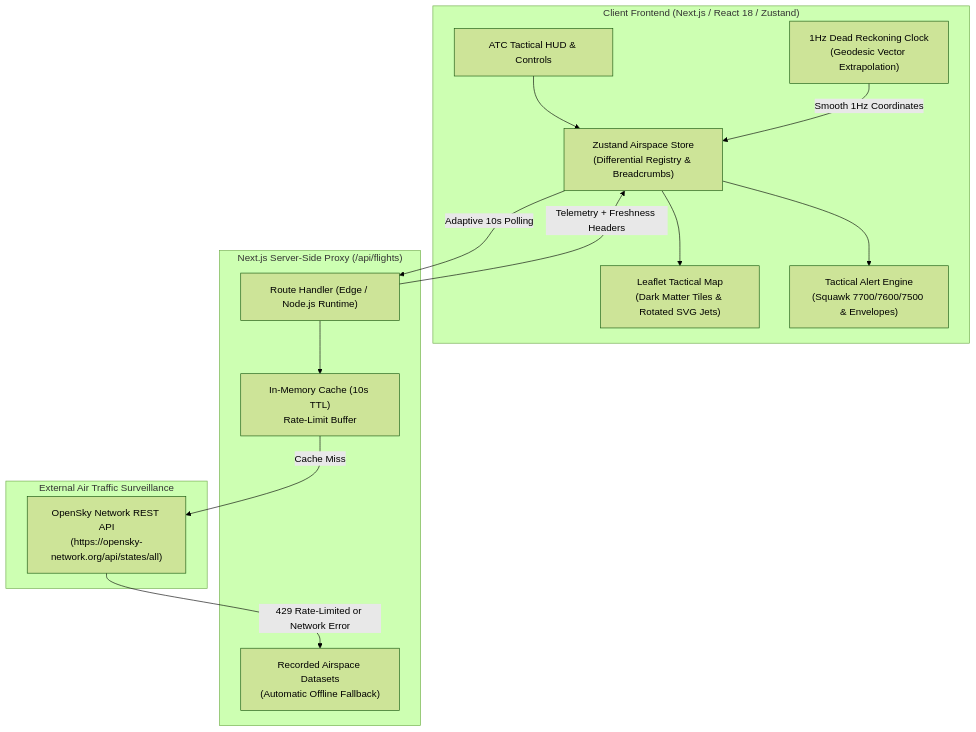
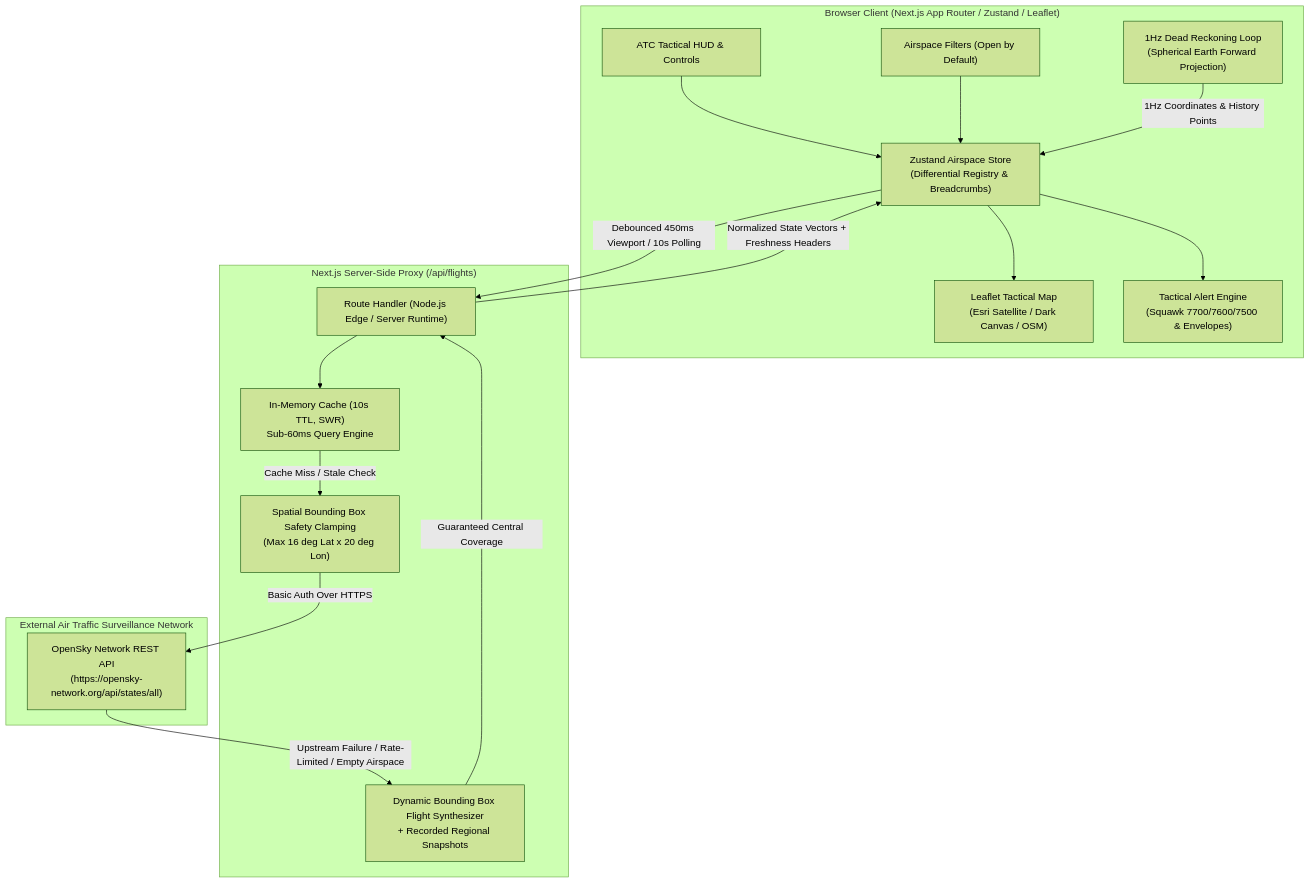
Before and after one commit to visshalb2007/air-traffic-view: the first of 2 diagrams in README.md, drawn with Mermaid (forest theme). The commit also changed other lines of this file, not shown here.

````diff
--- a/README.md
+++ b/README.md
@@ -29,30 +33,35 @@
 ```mermaid
 flowchart TD
-    subgraph Browser["Client Frontend (Next.js / React 18 / Zustand)"]
+    subgraph Client["Browser Client (Next.js App Router / Zustand / Leaflet)"]
         UI["ATC Tactical HUD & Controls"]
+        Filters["Airspace Filters (Open by Default)"]
         Store["Zustand Airspace Store\n(Differential Registry & Breadcrumbs)"]
-        Map["Leaflet Tactical Map\n(Dark Matter Tiles & Rotated SVG Jets)"]
-        DeadReckon["1Hz Dead Reckoning Clock\n(Geodesic Vector Extrapolation)"]
+        Map["Leaflet Tactical Map\n(Esri Satellite / Dark Canvas / OSM)"]
+        DeadReckon["1Hz Dead Reckoning Loop\n(Spherical Earth Forward Projection)"]
         Alerts["Tactical Alert Engine\n(Squawk 7700/7600/7500 & Envelopes)"]
     end
 
     subgraph Server["Next.js Server-Side Proxy (/api/flights)"]
-        Route["Route Handler (Edge / Node.js Runtime)"]
-        Cache["In-Memory Cache (10s TTL)\nRate-Limit Buffer"]
-        Snapshot["Recorded Airspace Datasets\n(Automatic Offline Fallback)"]
+        Route["Route Handler (Node.js Edge / Server Runtime)"]
+        Cache["In-Memory Cache (10s TTL, SWR)\nSub-60ms Query Engine"]
+        Clamp["Spatial Bounding Box Safety Clamping\n(Max 16 deg Lat x 20 deg Lon)"]
+        FallbackGen["Dynamic Bounding Box Flight Synthesizer\n+ Recorded Regional Snapshots"]
     end
 
-    subgraph External["External Air Traffic Surveillance"]
+    subgraph Upstream["External Air Traffic Surveillance Network"]
         OpenSky["OpenSky Network REST API\n(https://opensky-network.org/api/states/all)"]
     end
 
     UI --> Store
+    Filters --> Store
     Store --> Map
     Store --> Alerts
-    DeadReckon -->|Smooth 1Hz Coordinates| Store
-    Store -->|Adaptive 10s Polling| Route
+    DeadReckon -->|1Hz Coordinates & History Points| Store
+    Store -->|Debounced 450ms Viewport / 10s Polling| Route
     Route --> Cache
-    Cache -->|Cache Miss| OpenSky
-    OpenSky -->|429 Rate-Limited or Network Error| Snapshot
-    Route -->|Telemetry + Freshness Headers| Store
+    Cache -->|Cache Miss / Stale Check| Clamp
+    Clamp -->|Basic Auth Over HTTPS| OpenSky
+    OpenSky -->|Upstream Failure / Rate-Limited / Empty Airspace| FallbackGen
+    FallbackGen -->|Guaranteed Central Coverage| Route
+    Route -->|Normalized State Vectors + Freshness Headers| Store
 ```
````
